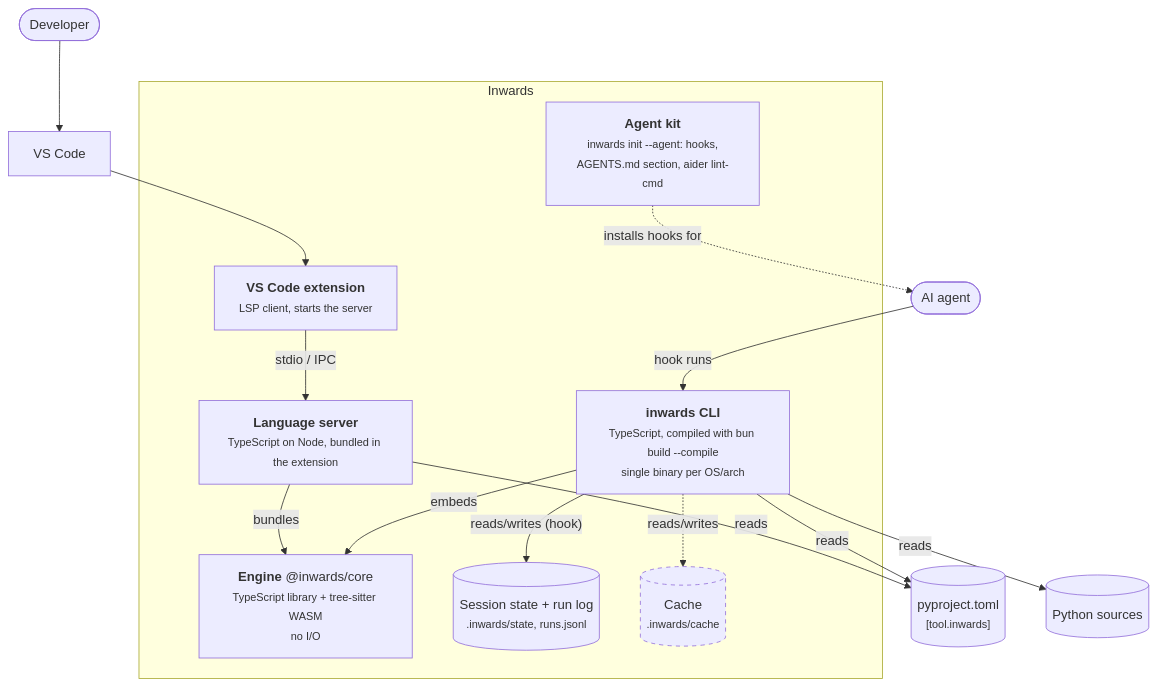
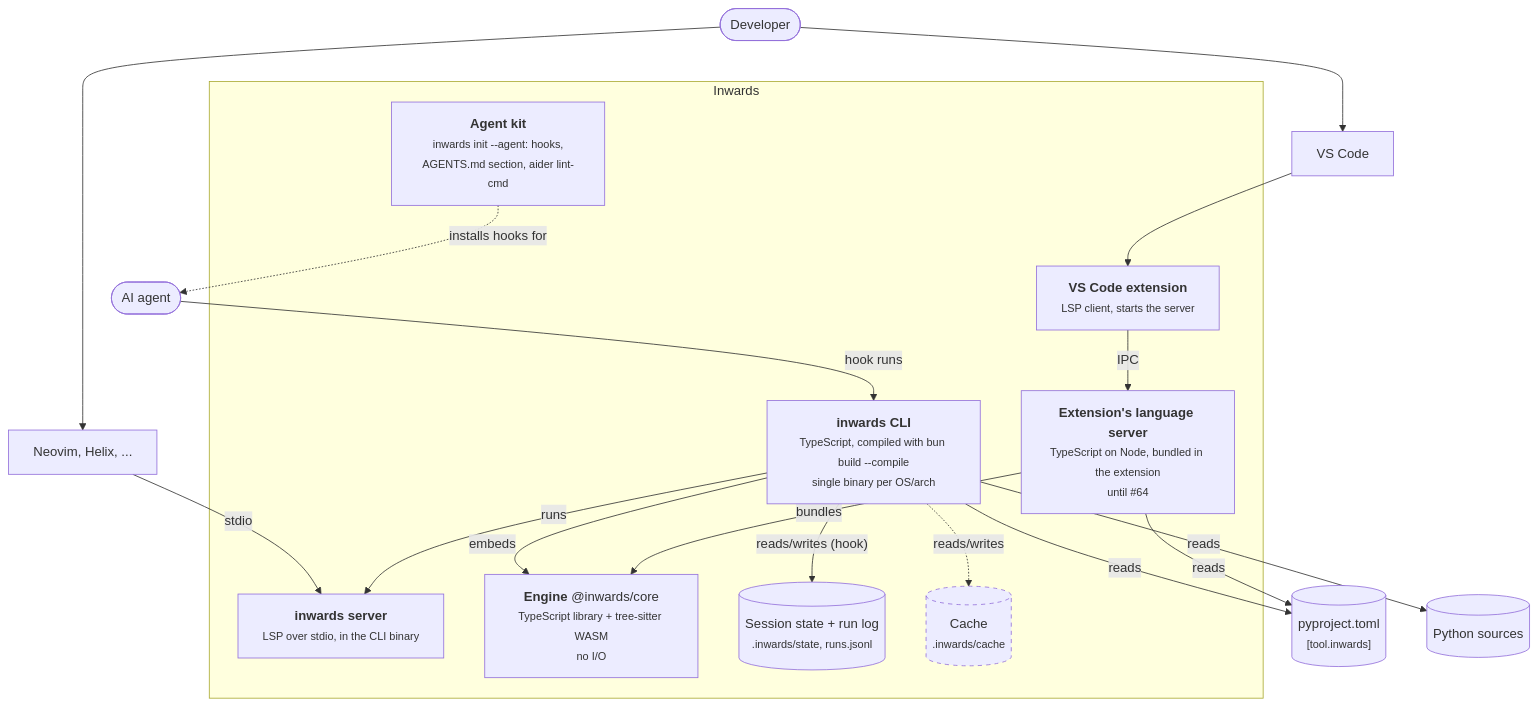
The second of 6 diagrams in docs/chapters/03-Architecture-C4.md (SirCypkowskyy/inwards), drawn with Mermaid before and after one commit. The commit also changed other lines of this file and 33 other files, not shown here.

First line of the commit message:
feat(cli): add inwards server, a language server over stdio

````diff
--- a/docs/chapters/03-Architecture-C4.md
+++ b/docs/chapters/03-Architecture-C4.md
@@ -46,33 +46,37 @@
 ```mermaid
 flowchart TB
     agent(["AI agent"])
     dev(["Developer"])
 
     subgraph dist["Inwards"]
         cli["<b>inwards CLI</b><br/><small>TypeScript, compiled with bun build --compile<br/>single binary per OS/arch</small>"]
-        lsp["<b>Language server</b><br/><small>TypeScript on Node, bundled in the extension</small>"]
+        server["<b>inwards server</b><br/><small>LSP over stdio, in the CLI binary</small>"]
+        lsp["<b>Extension's language server</b><br/><small>TypeScript on Node, bundled in the extension<br/>until #64</small>"]
         ext["<b>VS Code extension</b><br/><small>LSP client, starts the server</small>"]
         core["<b>Engine</b> @inwards/core<br/><small>TypeScript library + tree-sitter WASM<br/>no I/O</small>"]
         hooks["<b>Agent kit</b><br/><small>inwards init --agent: hooks,<br/>AGENTS.md section, aider lint-cmd</small>"]
         state[("Session state + run log<br/><small>.inwards/state, runs.jsonl</small>")]
         cache[("Cache<br/><small>.inwards/cache</small>")]
     end
 
     config[("pyproject.toml<br/><small>[tool.inwards]</small>")]
     src[("Python sources")]
     vscode["VS Code"]
+    other["Neovim, Helix, ..."]
 
     agent -- "hook runs" --> cli
     hooks -. "installs hooks for" .-> agent
-    dev --> vscode --> ext -- "stdio / IPC" --> lsp
+    dev --> vscode --> ext -- "IPC" --> lsp
+    dev --> other -- "stdio" --> server
+    cli -- "runs" --> server
     cli -- "embeds" --> core
     lsp -- "bundles" --> core
     cli -- "reads" --> config
     cli -- "reads" --> src
     lsp -- "reads" --> config
     cli -- "reads/writes (hook)" --> state
     cli -. "reads/writes" .-> cache
 
     classDef planned stroke-dasharray:5 5
     class cache planned
 ```
````
